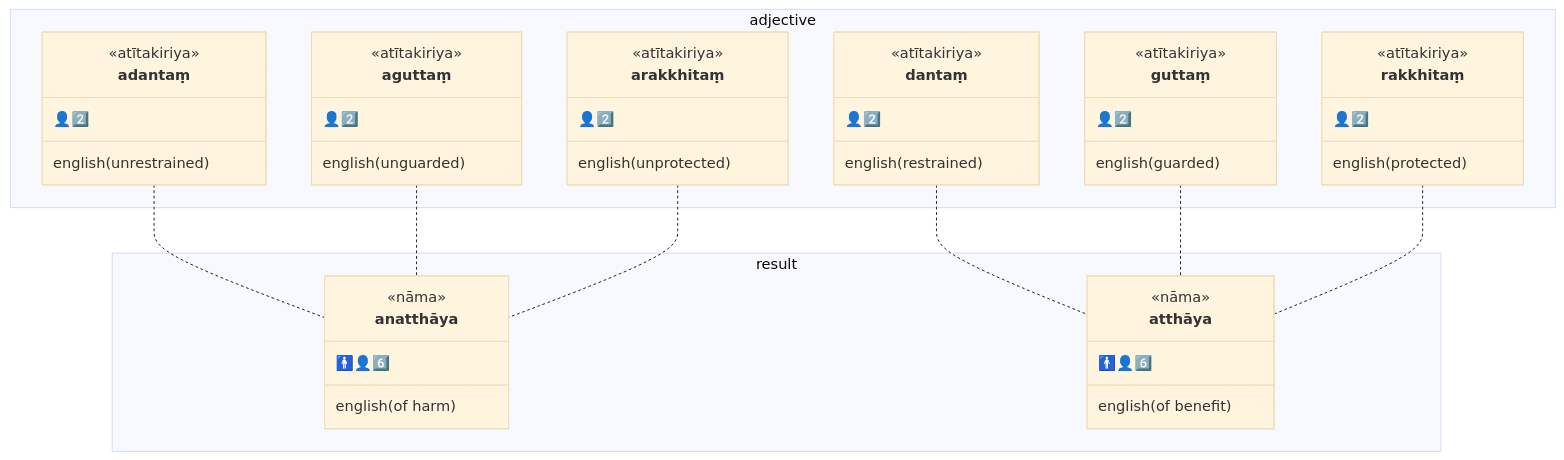
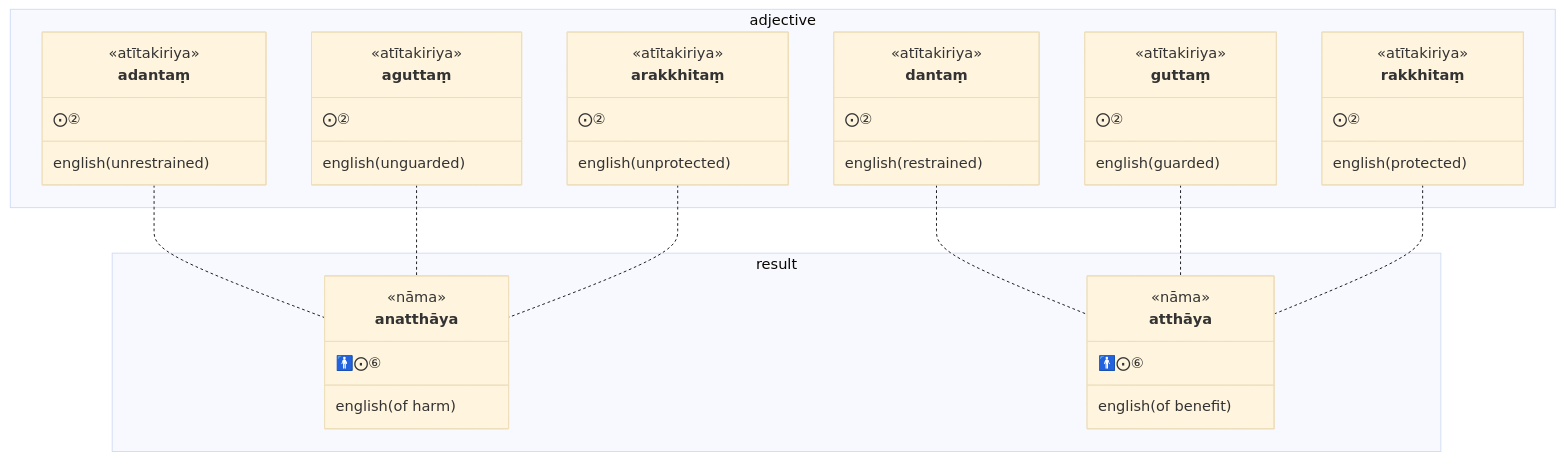
One commit to ChristineTham/buddhavacana changed the third of 5 diagrams in content/en/docs/Sutta/aṅguttaranikāyo/ekakanipātapāḷi/adantavaggo.md. Above: the diagram before and after it, drawn with Mermaid (base theme). The commit also changed other lines of this file and 71 other files, not shown here.

````diff
--- a/content/en/docs/Sutta/aṅguttaranikāyo/ekakanipātapāḷi/adantavaggo.md
+++ b/content/en/docs/Sutta/aṅguttaranikāyo/ekakanipātapāḷi/adantavaggo.md
@@ -192,53 +192,53 @@
 ```mermaid
 classDiagram
   namespace adjective {
     class adantaṃ {
       <<atītakiriya>>
-      👤2️⃣
+      ⨀②
       english(unrestrained)
     }
     class dantaṃ {
       <<atītakiriya>>
-      👤2️⃣
+      ⨀②
       english(restrained)
     }
     class aguttaṃ {
       <<atītakiriya>>
-      👤2️⃣
+      ⨀②
       english(unguarded)
     }
     class guttaṃ {
       <<atītakiriya>>
-      👤2️⃣
+      ⨀②
       english(guarded)
     }
     class arakkhitaṃ {
       <<atītakiriya>>
-      👤2️⃣
+      ⨀②
       english(unprotected)
     }
     class rakkhitaṃ {
       <<atītakiriya>>
-      👤2️⃣
+      ⨀②
       english(protected)
     }
   }
   namespace result {
     class anatthāya {
       <<nāma>>
-      🚹👤6️⃣
+      🚹⨀⑥
       english(of harm)
     }
     class atthāya {
       <<nāma>>
-      🚹👤6️⃣
+      🚹⨀⑥
       english(of benefit)
     }
   }
   adantaṃ .. anatthāya
   aguttaṃ .. anatthāya
   arakkhitaṃ .. anatthāya
   dantaṃ .. atthāya
   guttaṃ .. atthāya
   rakkhitaṃ .. atthāya
 ```
````
